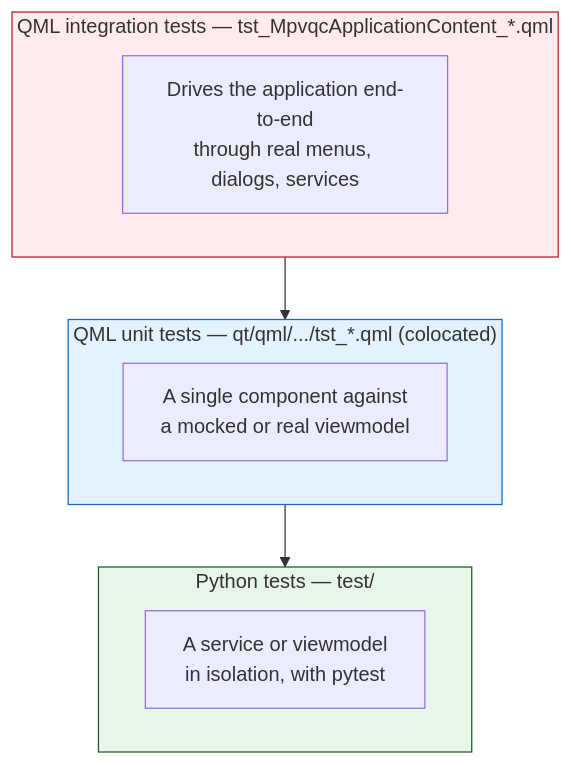
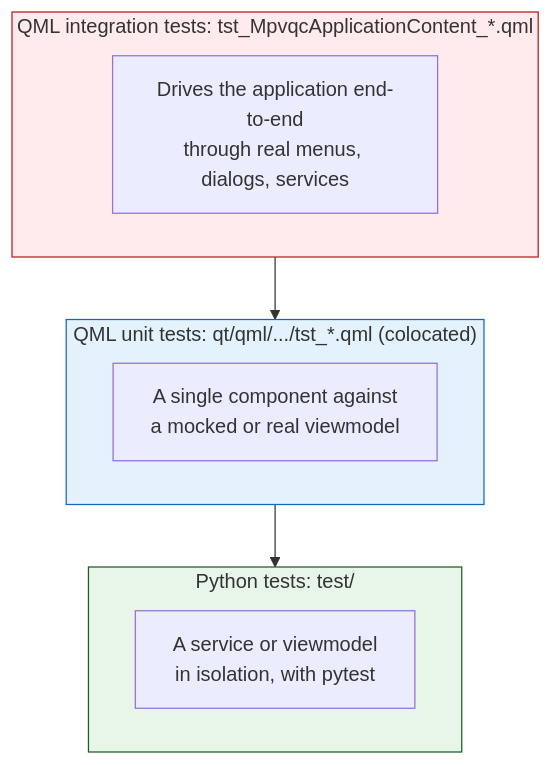
Before and after one commit to mpvqc/mpvQC: the second of 2 diagrams in docs/architecture.md, drawn with Mermaid. The commit also changed other lines of this file and 9 other files, not shown here.

````diff
--- a/docs/architecture.md
+++ b/docs/architecture.md
@@ -70,22 +69,22 @@
 ```mermaid
 flowchart TB
-    subgraph Integration["QML integration tests — tst_MpvqcApplicationContent_*.qml"]
+    subgraph Integration["QML integration tests: tst_MpvqcApplicationContent_*.qml"]
         I1["Drives the application end-to-end<br/>through real menus, dialogs, services"]
     end
-    subgraph QmlUnit["QML unit tests — qt/qml/.../tst_*.qml (colocated)"]
+    subgraph QmlUnit["QML unit tests: qt/qml/.../tst_*.qml (colocated)"]
         Q1["A single component against<br/>a mocked or real viewmodel"]
     end
-    subgraph PyUnit["Python tests — test/"]
+    subgraph PyUnit["Python tests: test/"]
         P1["A service or viewmodel<br/>in isolation, with pytest"]
     end
 
     Integration --> QmlUnit
     QmlUnit --> PyUnit
 
     classDef int fill:#ffebee,stroke:#b71c1c
     classDef qml fill:#e3f2fd,stroke:#1565c0
     classDef py fill:#e8f5e9,stroke:#1b5e20
     class Integration int
     class QmlUnit qml
     class PyUnit py
 ```
````
